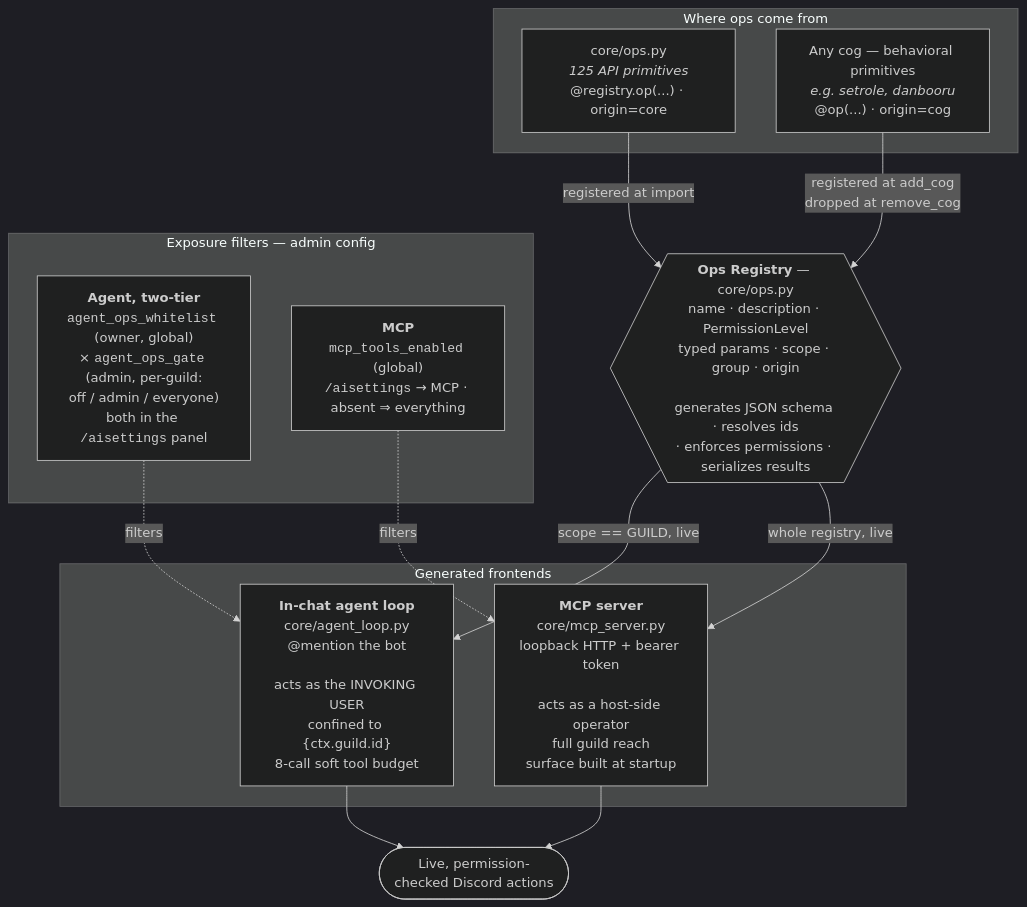
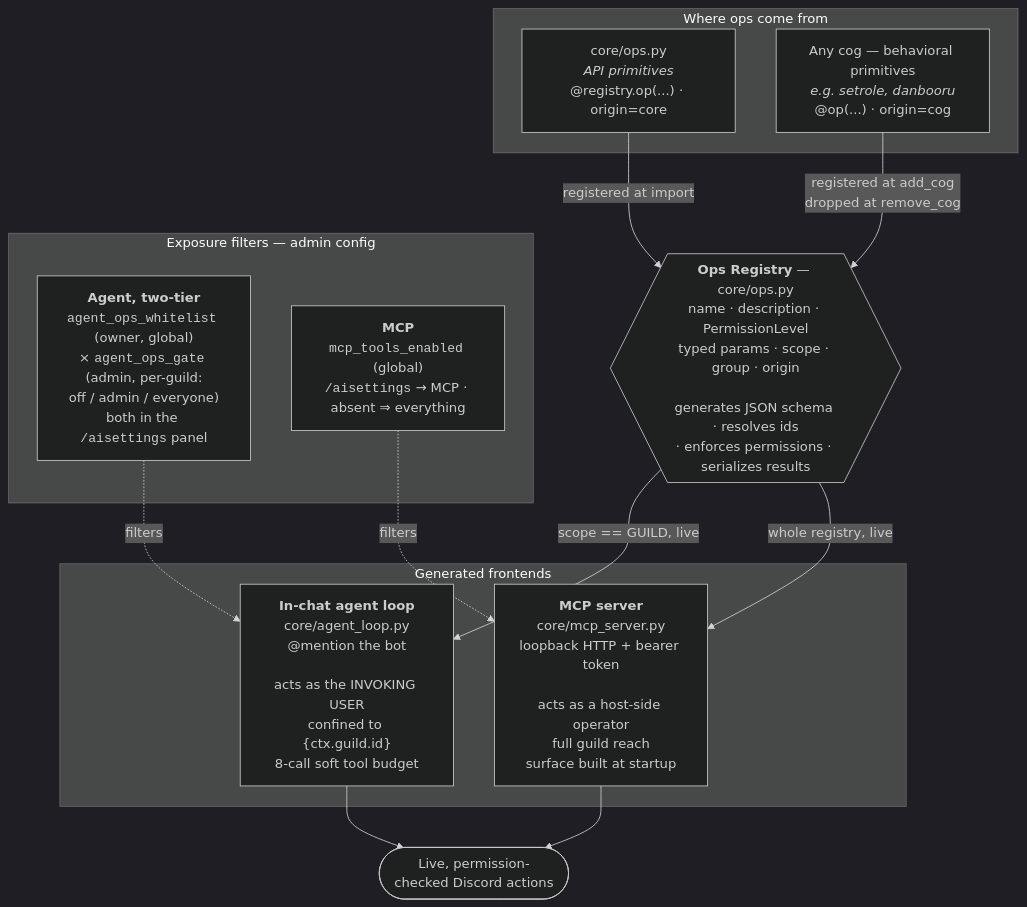
One commit to dudebot/literallybot changed the first of 2 diagrams in README.md. Above: the diagram before and after it, drawn with Mermaid (dark theme). The commit also changed other lines of this file and 36 other files, not shown here.

````diff
--- a/README.md
+++ b/README.md
@@ -83,31 +83,31 @@
 ```mermaid
 flowchart TB
     subgraph SRC["Where ops come from"]
-        CORE["core/ops.py<br/><i>125 API primitives</i><br/>@registry.op(...) · origin=core"]
+        CORE["core/ops.py<br/><i>API primitives</i><br/>@registry.op(...) · origin=core"]
         COG["Any cog — behavioral primitives<br/><i>e.g. setrole, danbooru</i><br/>@op(...) · origin=cog"]
     end
 
     REG{{"<b>Ops Registry</b> — core/ops.py<br/>name · description · PermissionLevel<br/>typed params · scope · group · origin<br/><br/>generates JSON schema · resolves ids<br/>· enforces permissions · serializes results"}}
 
     CORE -->|"registered at import"| REG
     COG -->|"registered at add_cog<br/>dropped at remove_cog"| REG
 
     subgraph FE["Generated frontends"]
         AGENT["<b>In-chat agent loop</b><br/>core/agent_loop.py<br/>@mention the bot<br/><br/>acts as the INVOKING USER<br/>confined to {ctx.guild.id}<br/>8-call soft tool budget"]
         MCP["<b>MCP server</b><br/>core/mcp_server.py<br/>loopback HTTP + bearer token<br/><br/>acts as a host-side operator<br/>full guild reach<br/>surface built at startup"]
     end
 
     REG -->|"scope == GUILD, live"| AGENT
     REG -->|"whole registry, live"| MCP
 
     subgraph CFG["Exposure filters — admin config"]
         WL["<b>Agent, two-tier</b><br/><code>agent_ops_whitelist</code> (owner, global)<br/>× <code>agent_ops_gate</code> (admin, per-guild:<br/>off / admin / everyone)<br/>both in the <code>/aisettings</code> panel"]
         MT["<b>MCP</b><br/><code>mcp_tools_enabled</code> (global)<br/><code>/aisettings</code> → MCP · absent ⇒ everything"]
     end
 
     WL -.->|"filters"| AGENT
     MT -.->|"filters"| MCP
 
     AGENT --> OUT(["Live, permission-checked Discord actions"])
     MCP --> OUT
 ```
````
